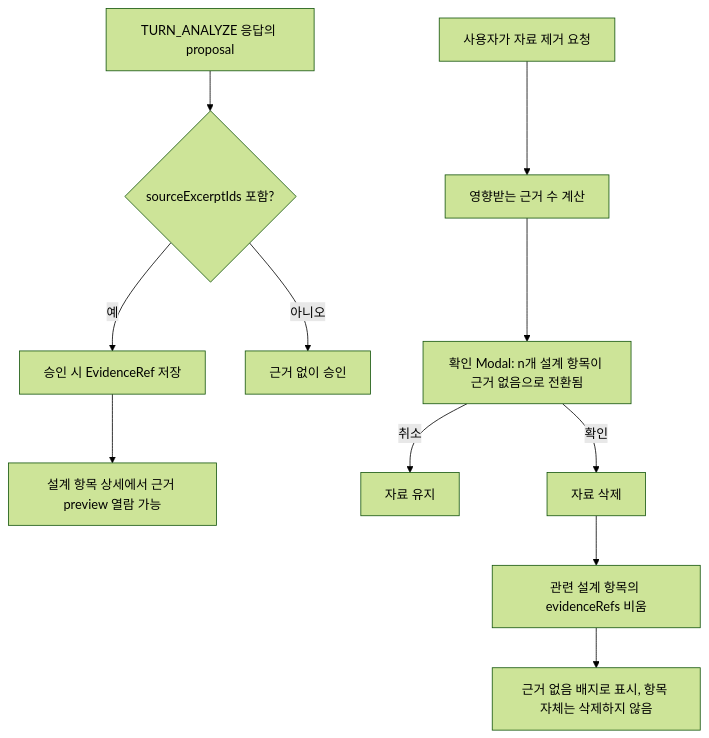
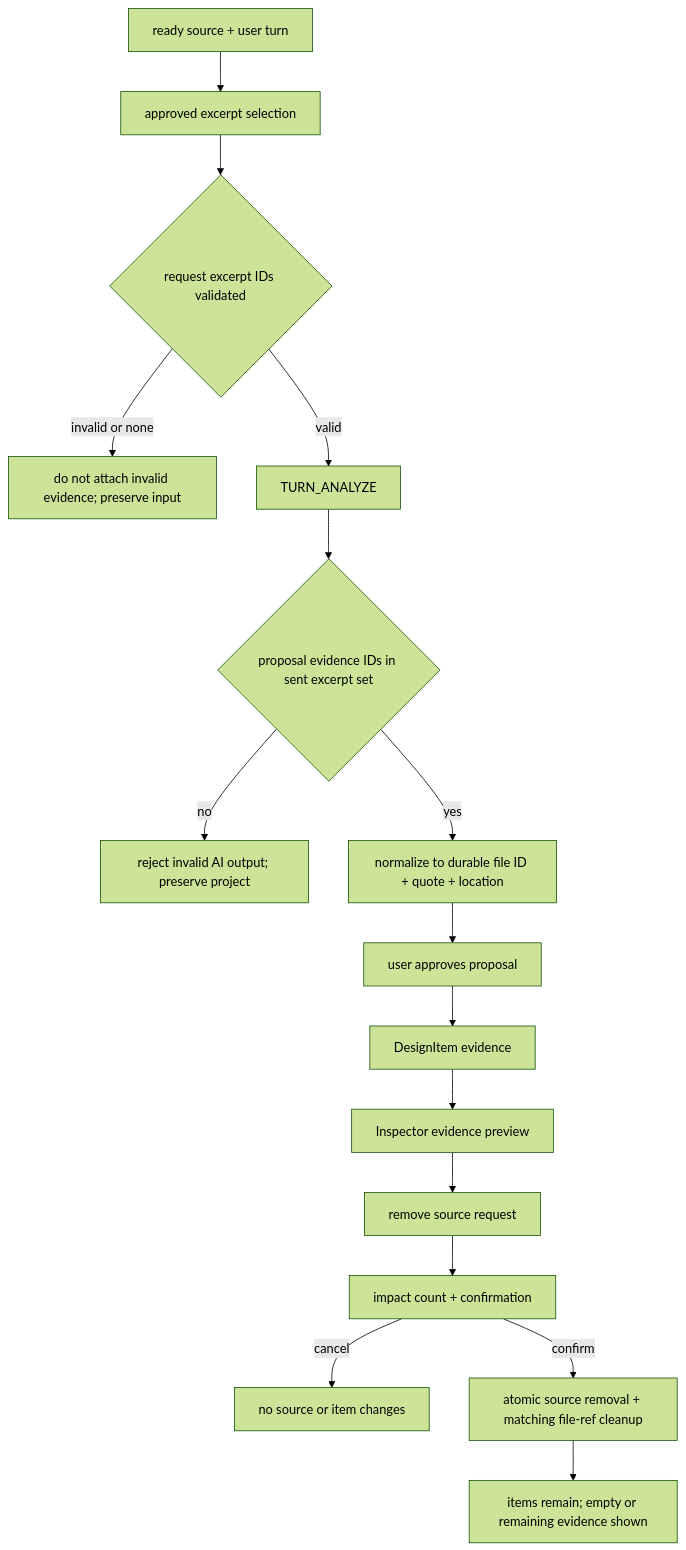
Before and after one commit to donghyunlee-dev/ai-agent-blueprint: the diagram in docs/tasks/SRC-PR-02/plan.md, drawn with Mermaid (forest theme). The commit also changed other lines of this file and 17 other files, not shown here.

````diff
--- a/docs/tasks/SRC-PR-02/plan.md
+++ b/docs/tasks/SRC-PR-02/plan.md
@@ -47,13 +55,18 @@
 ```mermaid
 flowchart TD
-    A[TURN_ANALYZE 응답의 proposal] --> B{sourceExcerptIds 포함?}
-    B -- 예 --> C[승인 시 EvidenceRef 저장]
-    B -- 아니오 --> D[근거 없이 승인]
-    C --> E[설계 항목 상세에서 근거 preview 열람 가능]
-    F[사용자가 자료 제거 요청] --> G[영향받는 근거 수 계산]
-    G --> H[확인 Modal: n개 설계 항목이 근거 없음으로 전환됨]
-    H -- 취소 --> I[자료 유지]
-    H -- 확인 --> J[자료 삭제]
-    J --> K[관련 설계 항목의 evidenceRefs 비움]
-    K --> L["근거 없음" 배지로 표시, 항목 자체는 삭제하지 않음]
+  A[ready source + user turn] --> B[approved excerpt selection]
+  B --> C{request excerpt IDs validated}
+  C -- invalid or none --> D[do not attach invalid evidence; preserve input]
+  C -- valid --> E[TURN_ANALYZE]
+  E --> F{proposal evidence IDs in sent excerpt set}
+  F -- no --> G[reject invalid AI output; preserve project]
+  F -- yes --> H[normalize to durable file ID + quote + location]
+  H --> I[user approves proposal]
+  I --> J[DesignItem evidence]
+  J --> K[Inspector evidence preview]
+  K --> L[remove source request]
+  L --> M[impact count + confirmation]
+  M -- cancel --> N[no source or item changes]
+  M -- confirm --> O[atomic source removal + matching file-ref cleanup]
+  O --> P[items remain; empty or remaining evidence shown]
 ```
````
